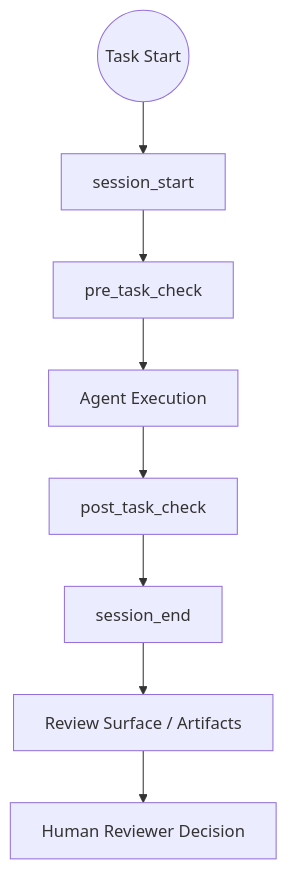
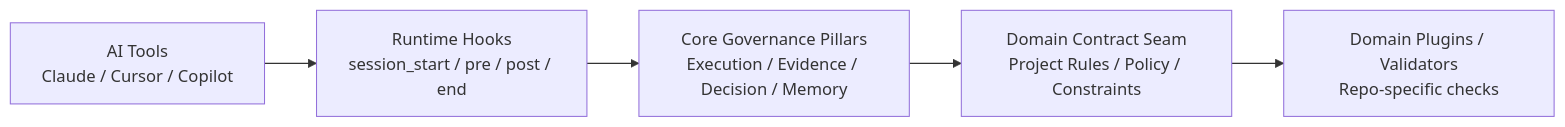
The diagram in README.md (Gavin0099/ai-governance-framework), drawn with Mermaid before and after one commit. The commit also changed other lines of this file and 1 other file, not shown here.

Commit message:
docs(readme): apply onboarding clarity review feedback

````diff
--- a/README.md
+++ b/README.md
@@ -23,10 +24,7 @@
 ```mermaid
-flowchart TD
-  Start((Task Start)) --> S[session_start]
-  S --> P[pre_task_check]
-  P --> E[Agent Execution]
-  E --> Q[post_task_check]
-  Q --> C[session_end]
-  C --> R[Review Surface / Artifacts]
-  R --> H[Human Reviewer Decision]
+flowchart LR
+  A[AI Tools<br/>Claude / Cursor / Copilot] --> B[Runtime Hooks<br/>session_start / pre / post / end]
+  B --> C[Core Governance Pillars<br/>Execution / Evidence / Decision / Memory]
+  C --> D[Domain Contract Seam<br/>Project Rules / Policy / Constraints]
+  D --> E[Domain Plugins / Validators<br/>Repo-specific checks]
 ```
````
